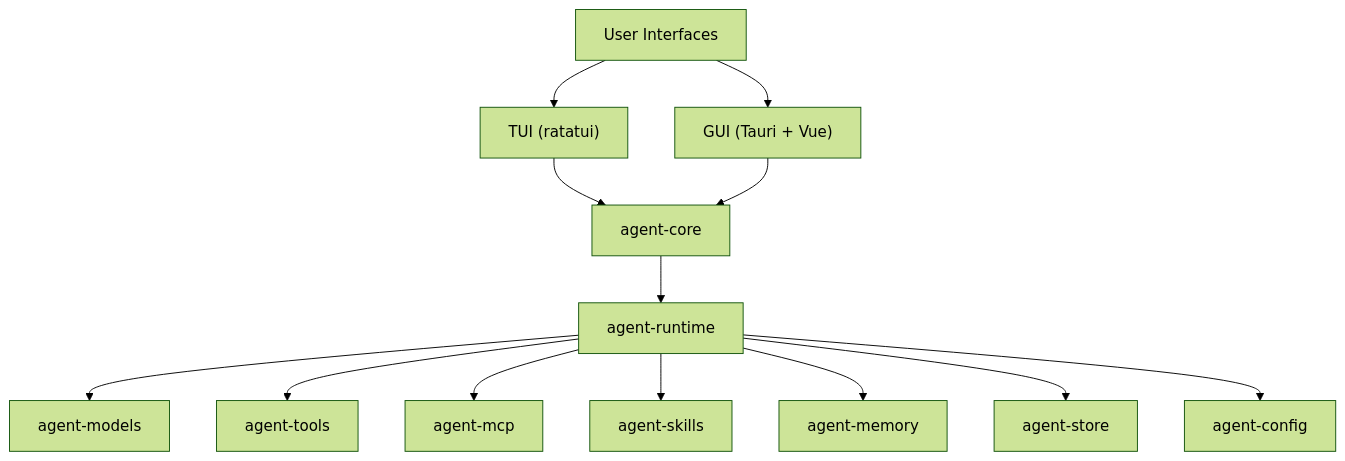
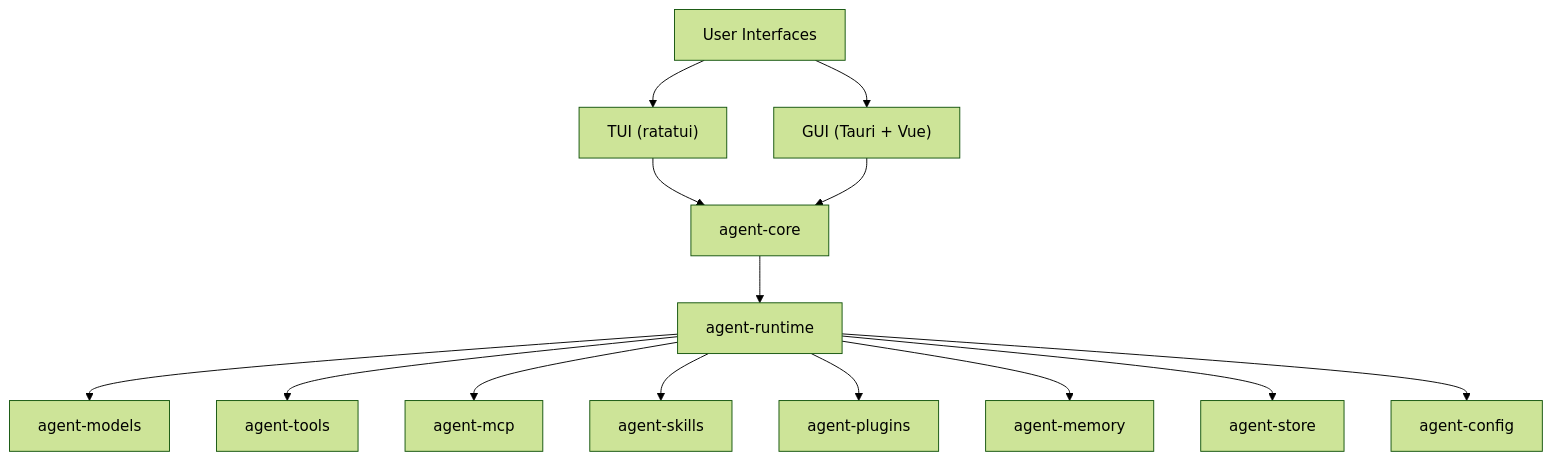
One commit to Z-Only/kairox changed the diagram in README.md. Above: the diagram before and after it, drawn with Mermaid (forest theme). The commit also changed 1 other file, not shown here.

Commit message:
docs: update README mermaid diagram and banner.svg with plugins, hooks (#242)
Add agent-plugins to architecture diagram and capability labels to
reflect the plugin system and hook settings modules.

````diff
--- a/README.md
+++ b/README.md
@@ -24,28 +24,30 @@
 ```mermaid
 graph TD
     UI["User Interfaces"]
     TUI["TUI (ratatui)"]
     GUI["GUI (Tauri + Vue)"]
     CORE["agent-core"]
     RUNTIME["agent-runtime"]
     MODELS["agent-models"]
     TOOLS["agent-tools"]
     MCP["agent-mcp"]
     SKILLS["agent-skills"]
+    PLUGINS["agent-plugins"]
     MEMORY["agent-memory"]
     STORE["agent-store"]
     CONFIG["agent-config"]
 
     UI --> TUI
     UI --> GUI
     TUI --> CORE
     GUI --> CORE
     CORE --> RUNTIME
     RUNTIME --> MODELS
     RUNTIME --> TOOLS
     RUNTIME --> MCP
     RUNTIME --> SKILLS
+    RUNTIME --> PLUGINS
     RUNTIME --> MEMORY
     RUNTIME --> STORE
     RUNTIME --> CONFIG
 ```
````
